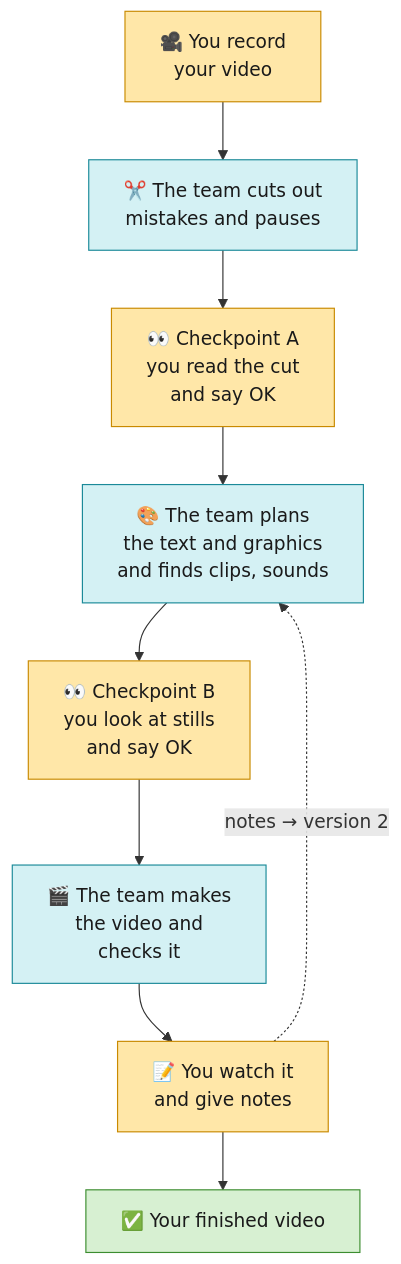
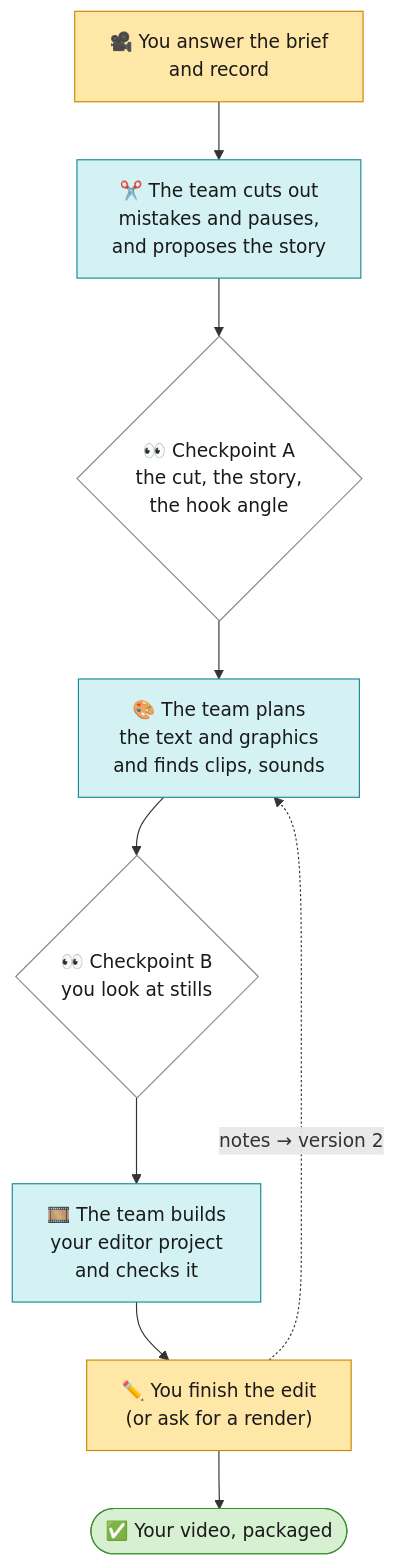
One commit to harshilsaini26/Video-Workflow changed the first of 10 diagrams in Editing-Workflow/README.md. Above: the diagram before and after it, drawn with Mermaid. The commit also changed other lines of this file, not shown here.

First line of the commit message:
Editing-Workflow README: the hand-off as the end, where you decide, the explainer as it is now

````diff
--- a/Editing-Workflow/README.md
+++ b/Editing-Workflow/README.md
@@ -62,16 +70,15 @@
 ```mermaid
 flowchart TD
-    A["🎥 You record<br/>your video"]:::you --> B["✂️ The team cuts out<br/>mistakes and pauses"]:::team
-    B --> C["👀 Checkpoint A<br/>you read the cut<br/>and say OK"]:::you
+    A["🎥 You answer the brief<br/>and record"]:::you --> B["✂️ The team cuts out<br/>mistakes and pauses,<br/>and proposes the story"]:::team
+    B --> C{"👀 Checkpoint A<br/>the cut, the story,<br/>the hook angle"}:::ask
     C --> D["🎨 The team plans<br/>the text and graphics<br/>and finds clips, sounds"]:::team
-    D --> E["👀 Checkpoint B<br/>you look at stills<br/>and say OK"]:::you
-    E --> F["🎬 The team makes<br/>the video and<br/>checks it"]:::team
-    F --> G["📝 You watch it<br/>and give notes"]:::you
-    G --> H["✅ Your finished video"]:::done
+    D --> E{"👀 Checkpoint B<br/>you look at stills"}:::ask
+    E --> F["🎞️ The team builds<br/>your editor project<br/>and checks it"]:::team
+    F --> G["✏️ You finish the edit<br/>(or ask for a render)"]:::you
+    G --> H(["✅ Your video, packaged"]):::done
     G -. "notes → version 2" .-> D
     classDef you fill:#FFE7A8,stroke:#C98A00,color:#1a1a1a
     classDef team fill:#D4F1F4,stroke:#1B8A99,color:#1a1a1a
-    classDef lead fill:#E4DCF7,stroke:#6B4FBB,color:#1a1a1a
     classDef done fill:#D7F0D2,stroke:#3C8D2F,color:#1a1a1a
     classDef ask fill:#FFFFFF,stroke:#888888,color:#1a1a1a
 ```
````
